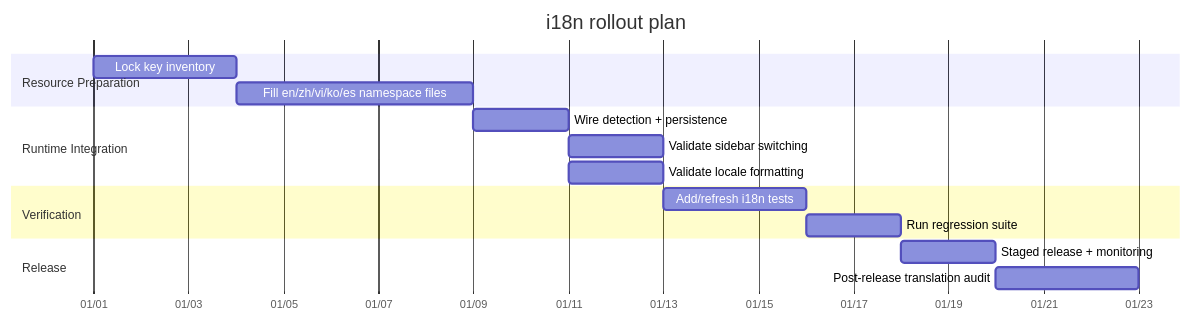
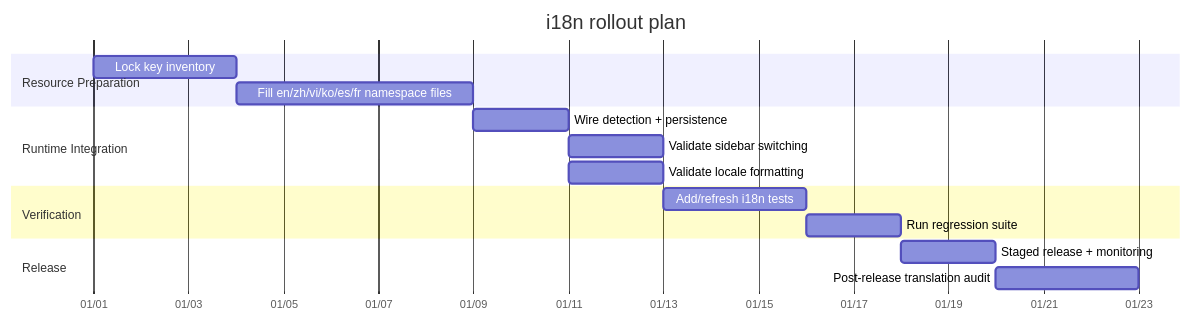
One commit to CorentinPa/Claude-Code-Agent-Monitor changed the seventh of 7 diagrams in docs/I18N.md. Above: the diagram before and after it, drawn with Mermaid. The commit also changed other lines of this file and 31 other files, not shown here.

````diff
--- a/docs/I18N.md
+++ b/docs/I18N.md
@@ -293,23 +300,23 @@
 ```mermaid
 gantt
     title i18n rollout plan
     dateFormat  YYYY-MM-DD
     axisFormat  %m/%d
 
     section Resource Preparation
     Lock key inventory              :a1, 2026-01-01, 3d
-    Fill en/zh/vi/ko/es namespace files   :a2, after a1, 5d
+    Fill en/zh/vi/ko/es/fr namespace files   :a2, after a1, 5d
 
     section Runtime Integration
     Wire detection + persistence    :b1, after a2, 2d
     Validate sidebar switching      :b2, after b1, 2d
     Validate locale formatting      :b3, after b1, 2d
 
     section Verification
     Add/refresh i18n tests          :c1, after b2, 3d
     Run regression suite            :c2, after c1, 2d
 
     section Release
     Staged release + monitoring     :d1, after c2, 2d
     Post-release translation audit  :d2, after d1, 3d
 ```
````
